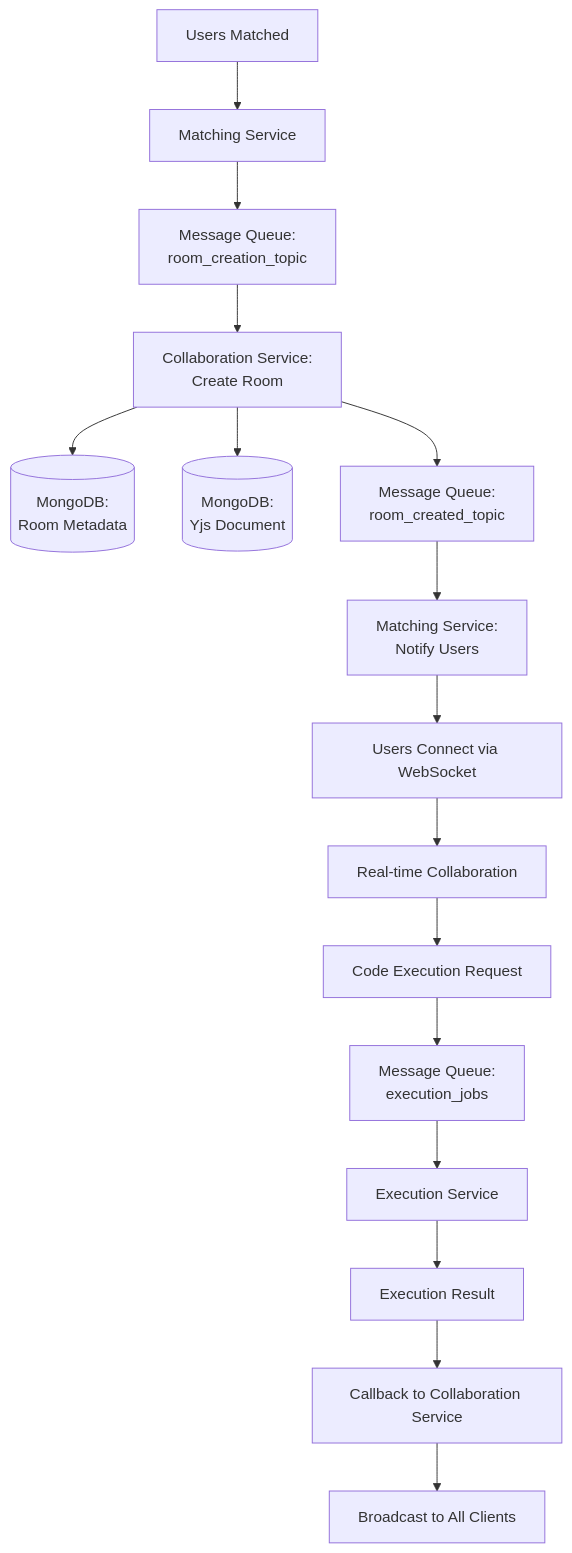
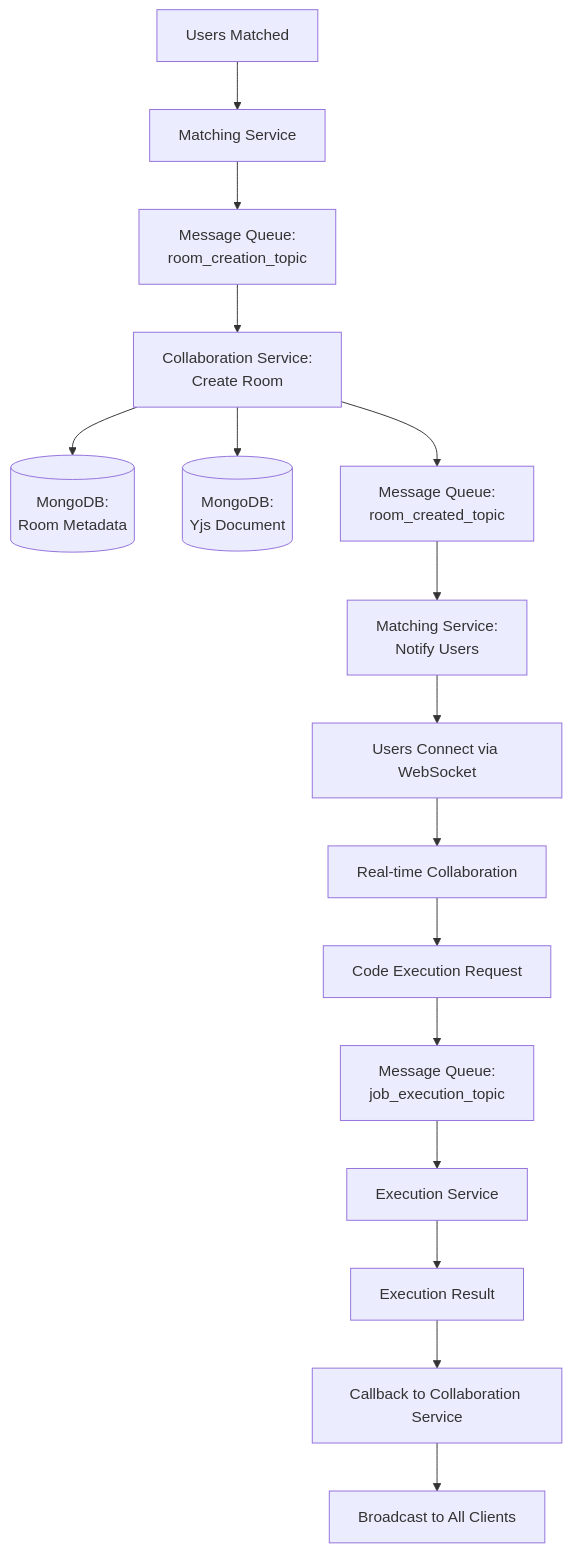
The fifth of 5 diagrams in backend/collaboration-service/README.md (CS3219-AY2526Sem1/cs3219-ay2526s1-project-g13), drawn with Mermaid before and after one commit. The commit also changed other lines of this file, not shown here.

````diff
--- a/backend/collaboration-service/README.md
+++ b/backend/collaboration-service/README.md
@@ -140,18 +136,18 @@
 ```mermaid
 flowchart TD
     Start[Users Matched] --> Match[Matching Service]
     Match --> MQ1[Message Queue:<br/>room_creation_topic]
     MQ1 --> Create[Collaboration Service:<br/>Create Room]
     Create --> DB1[(MongoDB:<br/>Room Metadata)]
     Create --> DB2[(MongoDB:<br/>Yjs Document)]
     Create --> MQ2[Message Queue:<br/>room_created_topic]
     MQ2 --> Notify[Matching Service:<br/>Notify Users]
     Notify --> Connect[Users Connect via WebSocket]
     Connect --> Collab[Real-time Collaboration]
     Collab --> Execute[Code Execution Request]
-    Execute --> MQ3[Message Queue:<br/>execution_jobs]
+    Execute --> MQ3[Message Queue:<br/>job_execution_topic]
     MQ3 --> Worker[Execution Service]
     Worker --> Result[Execution Result]
     Result --> Callback[Callback to Collaboration Service]
     Callback --> Broadcast[Broadcast to All Clients]
 ```
````
